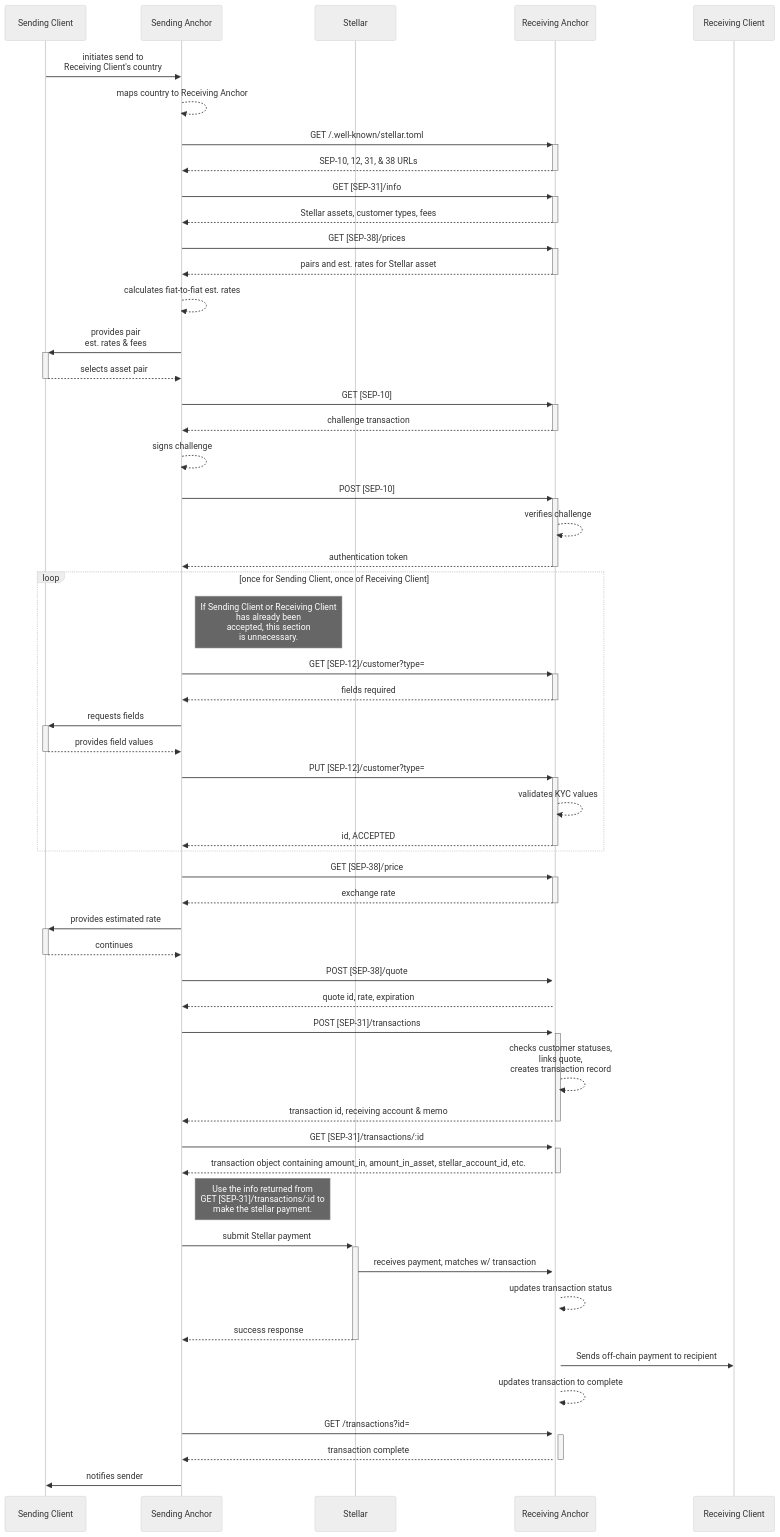
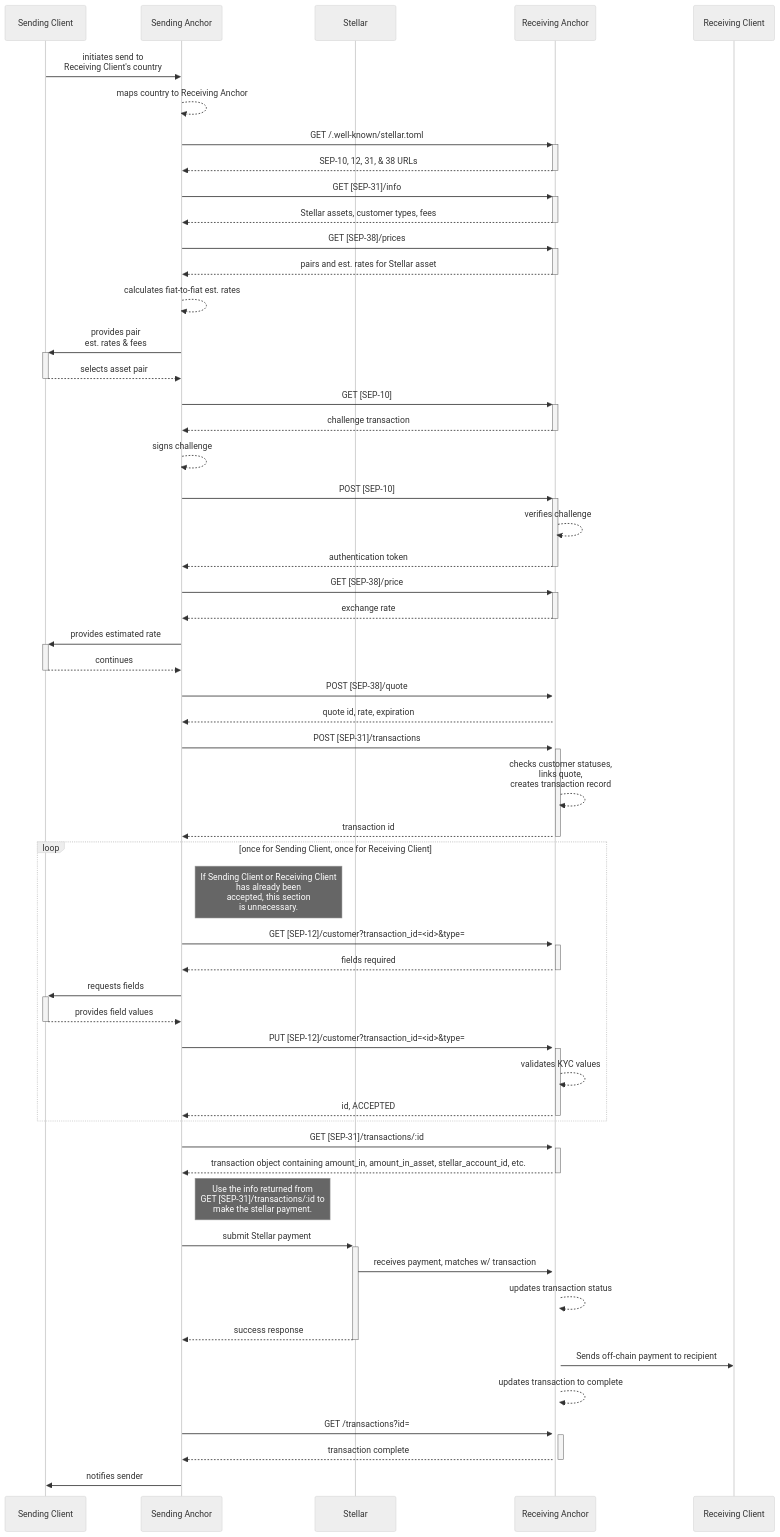
One commit to stellar/stellar-protocol changed the diagram in ecosystem/sep-0031.md. Above: the diagram before and after it, drawn with Mermaid (neutral theme). The commit also changed other lines of this file and 4 other files, not shown here.

First line of the commit message:
[SEP-31] Delegate Kyc flow to SEP-12 using `transaction_id` (#1515)

````diff
--- a/ecosystem/sep-0031.md
+++ b/ecosystem/sep-0031.md
@@ -58,65 +58,65 @@
 ```mermaid
 sequenceDiagram
     participant Sending Client
     participant Sending Anchor
     participant Stellar
     participant Receiving Anchor
     participant Receiving Client
     Sending Client->>Sending Anchor: initiates send to <br> Receiving Client's country
     Sending Anchor-->>Sending Anchor: maps country to Receiving Anchor
 
     Sending Anchor->>+Receiving Anchor: GET /.well-known/stellar.toml
     Receiving Anchor-->>-Sending Anchor: SEP-10, 12, 31, & 38 URLs
     Sending Anchor->>+Receiving Anchor: GET [SEP-31]/info
     Receiving Anchor-->>-Sending Anchor: Stellar assets, customer types, fees
     Sending Anchor->>+Receiving Anchor: GET [SEP-38]/prices
     Receiving Anchor-->>-Sending Anchor: pairs and est. rates for Stellar asset
 
     Sending Anchor-->>Sending Anchor: calculates fiat-to-fiat est. rates
     Sending Anchor->>+Sending Client: provides pair <br> est. rates & fees
     Sending Client-->>-Sending Anchor: selects asset pair
 
     Sending Anchor->>+Receiving Anchor: GET [SEP-10]
     Receiving Anchor-->>-Sending Anchor: challenge transaction
     Sending Anchor-->>Sending Anchor: signs challenge
     Sending Anchor->>+Receiving Anchor: POST [SEP-10]
     Receiving Anchor-->>Receiving Anchor: verifies challenge
     Receiving Anchor-->>-Sending Anchor: authentication token
 
-    loop once for Sending Client, once of Receiving Client
-        note right of Sending Anchor: If Sending Client or Receiving Client <br >has already been <br> accepted, this section <br> is unnecessary.
-        Sending Anchor->>+Receiving Anchor: GET [SEP-12]/customer?type=
-        Receiving Anchor-->>-Sending Anchor: fields required
-        Sending Anchor->>+Sending Client: requests fields
-        Sending Client-->>-Sending Anchor: provides field values
-        Sending Anchor->>+Receiving Anchor: PUT [SEP-12]/customer?type=
-        Receiving Anchor-->>Receiving Anchor: validates KYC values
-        Receiving Anchor-->>-Sending Anchor: id, ACCEPTED
-    end
-
     Sending Anchor->>+Receiving Anchor: GET [SEP-38]/price
     Receiving Anchor-->>-Sending Anchor: exchange rate
     Sending Anchor->>+Sending Client: provides estimated rate
     Sending Client-->>-Sending Anchor: continues
     Sending Anchor->>+Receiving Anchor: POST [SEP-38]/quote
     Receiving Anchor-->>Sending Anchor: quote id, rate, expiration
 
     Sending Anchor->>+Receiving Anchor: POST [SEP-31]/transactions
     Receiving Anchor-->>Receiving Anchor: checks customer statuses, <br> links quote, <br> creates transaction record
-    Receiving Anchor-->>-Sending Anchor: transaction id, receiving account & memo
+    Receiving Anchor-->>-Sending Anchor: transaction id
+
+    loop once for Sending Client, once for Receiving Client
+        note right of Sending Anchor: If Sending Client or Receiving Client <br> has already been <br> accepted, this section <br> is unnecessary.
+        Sending Anchor->>+Receiving Anchor: GET [SEP-12]/customer?transaction_id=<id>&type=
+        Receiving Anchor-->>-Sending Anchor: fields required
+        Sending Anchor->>+Sending Client: requests fields
+        Sending Client-->>-Sending Anchor: provides field values
+        Sending Anchor->>+Receiving Anchor: PUT [SEP-12]/customer?transaction_id=<id>&type=
+        Receiving Anchor-->>Receiving Anchor: validates KYC values
+        Receiving Anchor-->>-Sending Anchor: id, ACCEPTED
+    end
 
     Sending Anchor->>+Receiving Anchor: GET [SEP-31]/transactions/:id
     Receiving Anchor-->>-Sending Anchor: transaction object containing amount_in, amount_in_asset, stellar_account_id, etc.
     note right of Sending Anchor: Use the info returned from <br>GET [SEP-31]/transactions/:id to <br>make the stellar payment.
 
     Sending Anchor->>+Stellar: submit Stellar payment
     Stellar->>+Receiving Anchor: receives payment, matches w/ transaction
     Receiving Anchor-->>Receiving Anchor: updates transaction status
     Stellar-->>-Sending Anchor: success response
 
     Receiving Anchor->>Receiving Client: Sends off-chain payment to recipient
     Receiving Anchor-->>Receiving Anchor: updates transaction to complete
     Sending Anchor->>+Receiving Anchor: GET /transactions?id=
     Receiving Anchor-->>-Sending Anchor: transaction complete
     Sending Anchor->>Sending Client: notifies sender
 ```
````
